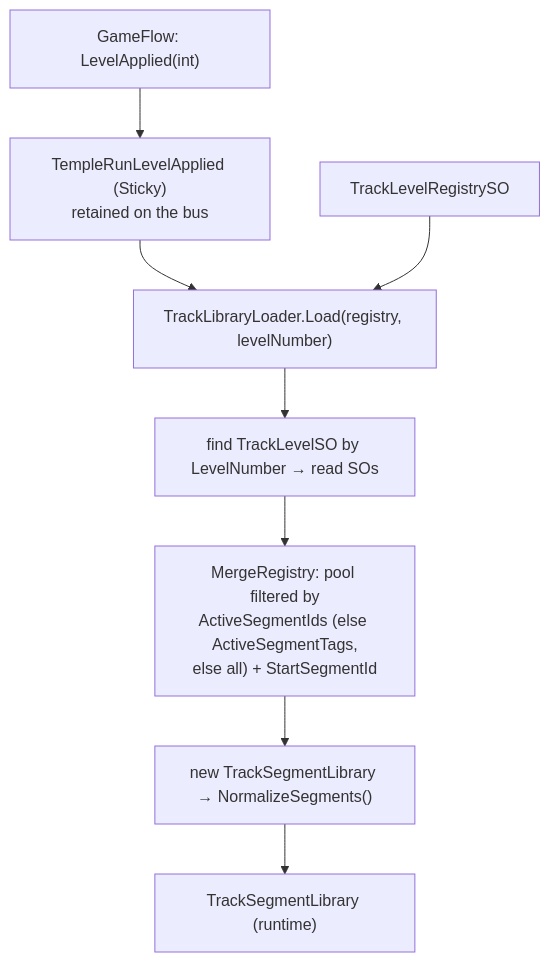
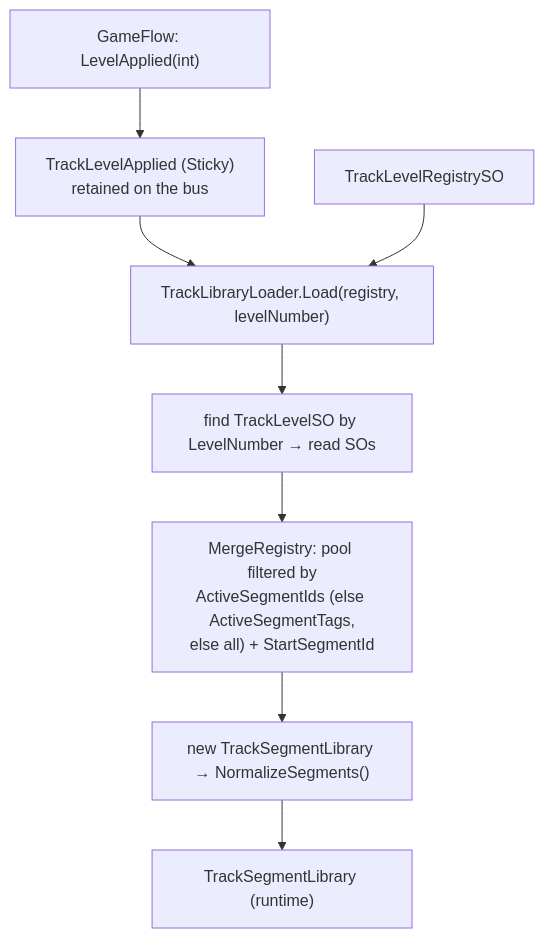
Before and after one commit to crawfis/EndlessRunnerTemplate: the second of 2 diagrams in docs/TRACKS.md, drawn with Mermaid. The commit also changed other lines of this file and 51 other files, not shown here.

````diff
--- a/docs/TRACKS.md
+++ b/docs/TRACKS.md
@@ -61,10 +61,10 @@
 ```mermaid
 flowchart TD
-    SEL["GameFlow: LevelApplied(int)"] --> BB["TempleRunLevelApplied (Sticky)<br/>retained on the bus"]
+    SEL["GameFlow: LevelApplied(int)"] --> BB["TrackLevelApplied (Sticky)<br/>retained on the bus"]
     BB --> LD["TrackLibraryLoader.Load(registry, levelNumber)"]
     REG["TrackLevelRegistrySO"] --> LD
     LD --> F["find TrackLevelSO by LevelNumber → read SOs"]
     F --> R["MergeRegistry: pool filtered by<br/>ActiveSegmentIds (else ActiveSegmentTags,<br/>else all) + StartSegmentId"]
     R --> N["new TrackSegmentLibrary → NormalizeSegments()"]
     N --> LIB["TrackSegmentLibrary (runtime)"]
 ```
````
